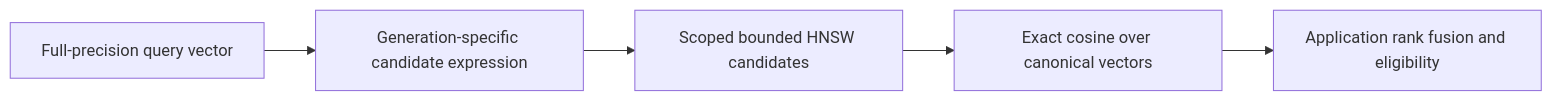
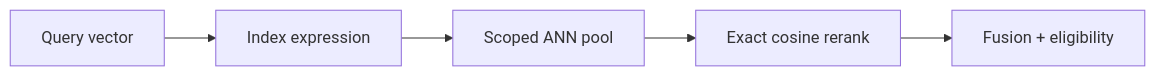
Before and after one commit to markhuangai/dense-mem: the diagram in ANN-HNSW-And-Halfvec.md, drawn with Mermaid. The commit also changed other lines of this file and 34 other files, not shown here.

````diff
--- a/ANN-HNSW-And-Halfvec.md
+++ b/ANN-HNSW-And-Halfvec.md
@@ -33,8 +32,8 @@
 ```mermaid
 %%{init: {"flowchart": {"curve": "linear"}}}%%
 flowchart LR
-  Query["Full-precision query vector"] --> Cast["Generation-specific candidate expression"]
-  Cast --> ANN["Scoped bounded HNSW candidates"]
-  ANN --> Rerank["Exact cosine over canonical vectors"]
-  Rerank --> Fusion["Application rank fusion and eligibility"]
+  Query["Query vector"] --> Cast["Index expression"]
+  Cast --> ANN["Scoped ANN pool"]
+  ANN --> Rerank["Exact cosine rerank"]
+  Rerank --> Fusion["Fusion + eligibility"]
 ```
````
